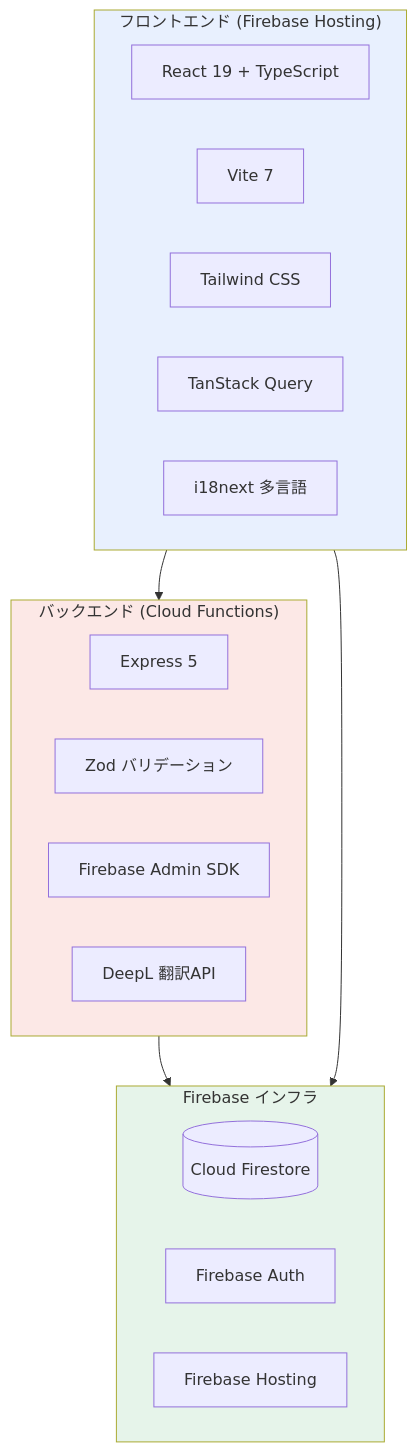
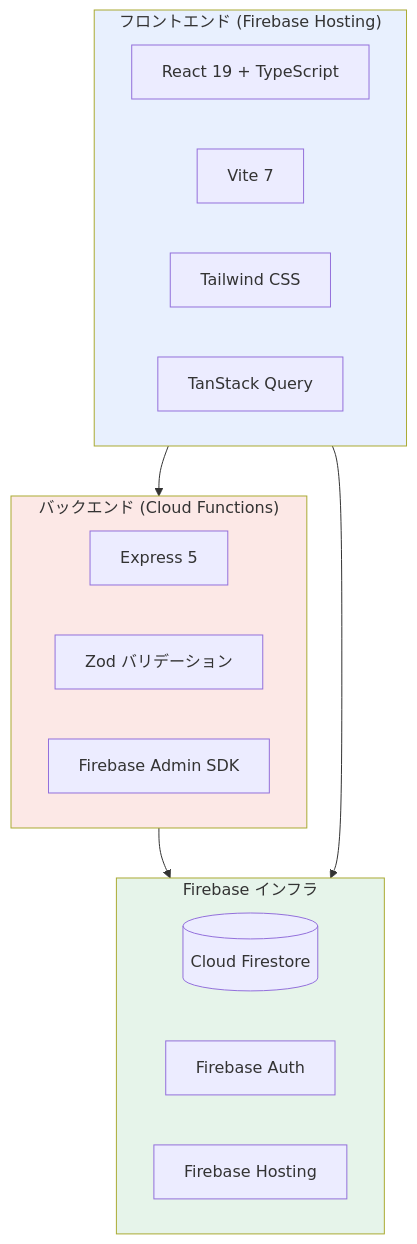
The second of 11 diagrams in docs/cornerstone-proposal.md (lingmulongtai/KUAS-reception), drawn with Mermaid before and after one commit. The commit also changed other lines of this file and 6 other files, not shown here.

````diff
--- a/docs/cornerstone-proposal.md
+++ b/docs/cornerstone-proposal.md
@@ -104,31 +104,29 @@
 ```mermaid
 graph TB
     subgraph Frontend["フロントエンド (Firebase Hosting)"]
         R[React 19 + TypeScript]
         V[Vite 7]
         T[Tailwind CSS]
         Q[TanStack Query]
-        I[i18next 多言語]
     end
 
     subgraph Backend["バックエンド (Cloud Functions)"]
         E[Express 5]
         Z[Zod バリデーション]
         FA[Firebase Admin SDK]
-        DL[DeepL 翻訳API]
     end
 
     subgraph Firebase["Firebase インフラ"]
         FS[(Cloud Firestore)]
         AU[Firebase Auth]
         FH[Firebase Hosting]
     end
 
     Frontend --> Backend
     Backend --> Firebase
     Frontend --> Firebase
 
     style Frontend fill:#e8f0fe
     style Backend fill:#fce8e6
     style Firebase fill:#e6f4ea
 ```
````
